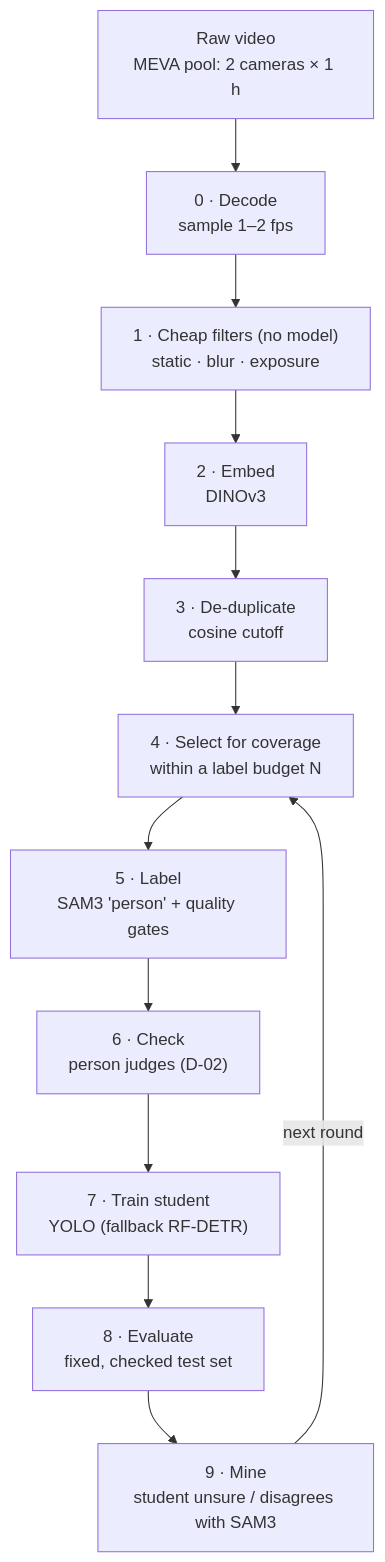
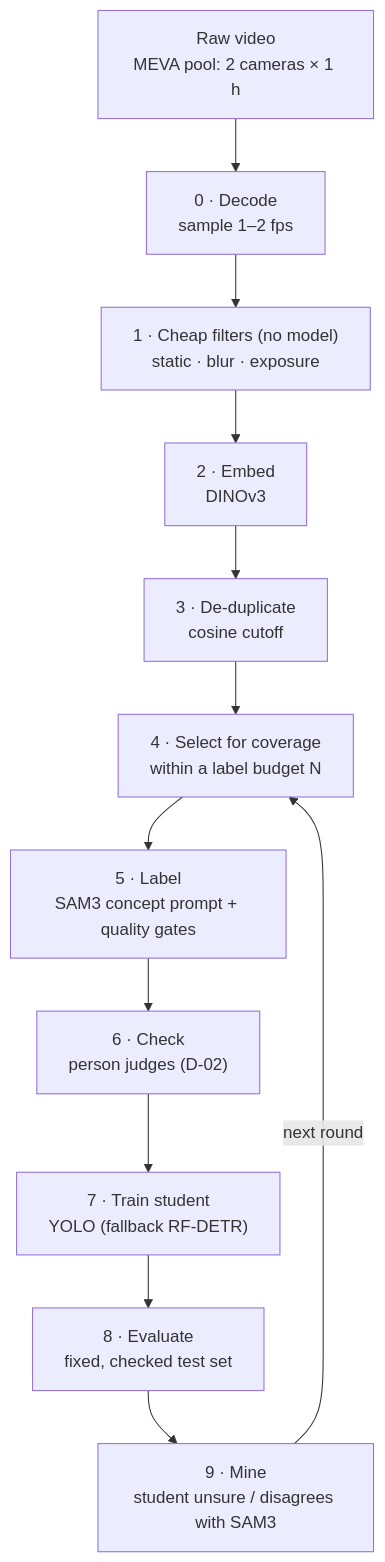
Before and after one commit to cupcakes04/Rin: the first of 3 diagrams in dev/notes/ideas/holy_grail.md, drawn with Mermaid. The commit also changed other lines of this file and 12 other files, not shown here.

````diff
--- a/dev/notes/ideas/holy_grail.md
+++ b/dev/notes/ideas/holy_grail.md
@@ -11,14 +11,14 @@
 ```mermaid
 flowchart TB
     RAW["Raw video<br/>MEVA pool: 2 cameras × 1 h"] --> DEC["0 · Decode<br/>sample 1–2 fps"]
     DEC --> FIL["1 · Cheap filters (no model)<br/>static · blur · exposure"]
     FIL --> EMB["2 · Embed<br/>DINOv3"]
     EMB --> DED["3 · De-duplicate<br/>cosine cutoff"]
     DED --> SEL["4 · Select for coverage<br/>within a label budget N"]
-    SEL --> LAB["5 · Label<br/>SAM3 'person' + quality gates"]
+    SEL --> LAB["5 · Label<br/>SAM3 concept prompt + quality gates"]
     LAB --> CHK["6 · Check<br/>person judges (D-02)"]
     CHK --> TRN["7 · Train student<br/>YOLO (fallback RF-DETR)"]
     TRN --> EVA["8 · Evaluate<br/>fixed, checked test set"]
     EVA --> MIN["9 · Mine<br/>student unsure / disagrees with SAM3"]
     MIN -->|"next round"| SEL
 ```
````
